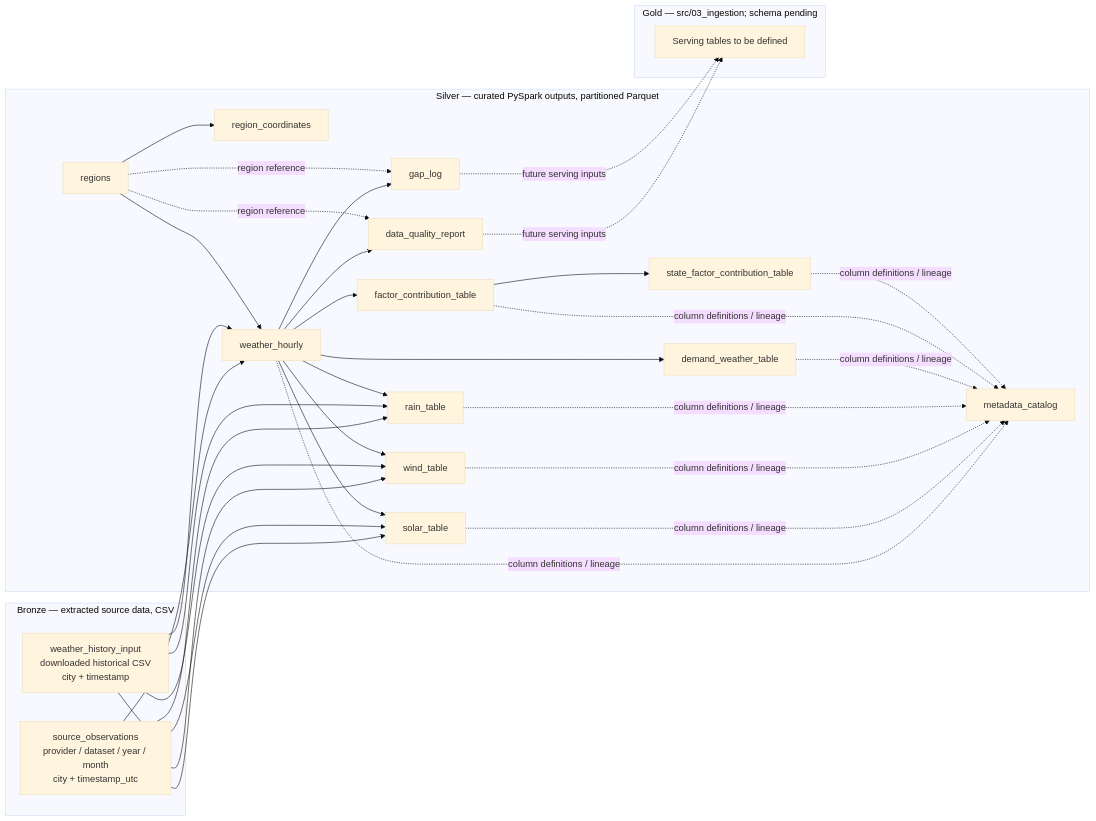
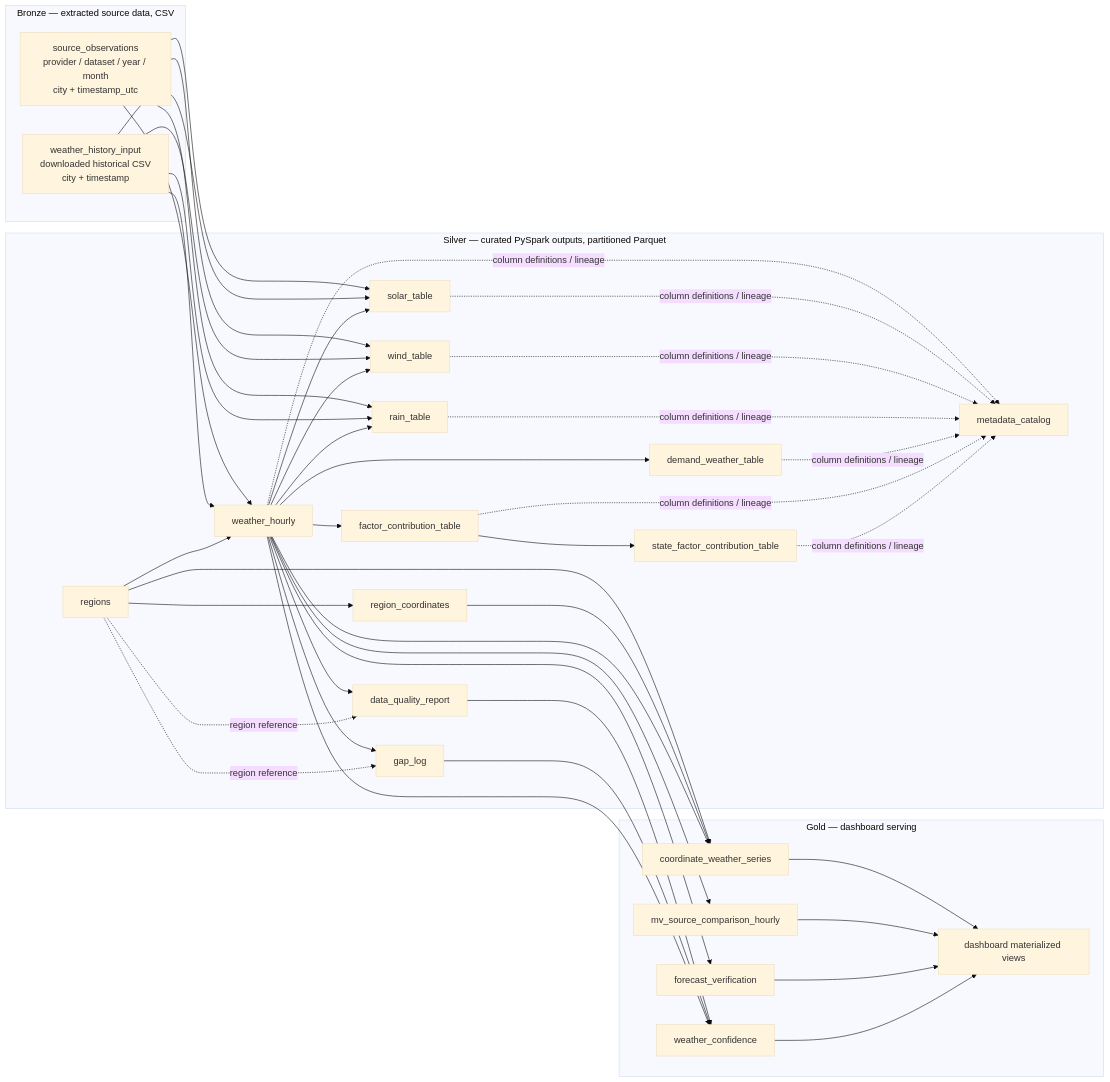
The diagram in docs/data_model.md (saathwik-tk/weather-pipeline), drawn with Mermaid (base theme) before and after one commit. The commit also changed other lines of this file and 3 other files, not shown here.

````diff
--- a/docs/data_model.md
+++ b/docs/data_model.md
@@ -7,53 +7,67 @@
 ```mermaid
 flowchart LR
   subgraph Bronze["Bronze — extracted source data, CSV"]
     B1["source_observations<br/>provider / dataset / year / month<br/>city + timestamp_utc"]
     B2["weather_history_input<br/>downloaded historical CSV<br/>city + timestamp"]
   end
   subgraph Silver["Silver — curated PySpark outputs, partitioned Parquet"]
     S1[regions]
     S2[region_coordinates]
     S3[weather_hourly]
     S4[solar_table]
     S5[wind_table]
     S6[rain_table]
     S7[demand_weather_table]
     S8[factor_contribution_table]
     S9[state_factor_contribution_table]
     S10[data_quality_report]
     S11[gap_log]
     S12[metadata_catalog]
   end
-  subgraph Gold["Gold — src/03_ingestion; schema pending"]
-    G["Serving tables to be defined"]
+  subgraph Gold["Gold — dashboard serving"]
+    G1[coordinate_weather_series]
+    G2[mv_source_comparison_hourly]
+    G3[forecast_verification]
+    G4[weather_confidence]
+    G5[dashboard materialized views]
   end
   B1 --> S3
   B1 --> S4
   B1 --> S5
   B1 --> S6
   B2 --> S3
   B2 --> S4
   B2 --> S5
   B2 --> S6
   S1 --> S2
   S1 --> S3
   S3 --> S4
   S3 --> S5
   S3 --> S6
   S3 --> S7
   S3 --> S8
   S8 --> S9
   S3 --> S10
   S3 --> S11
   S1 -. region reference .-> S10
   S1 -. region reference .-> S11
   S3 -. column definitions / lineage .-> S12
   S4 -. column definitions / lineage .-> S12
   S5 -. column definitions / lineage .-> S12
   S6 -. column definitions / lineage .-> S12
   S7 -. column definitions / lineage .-> S12
   S8 -. column definitions / lineage .-> S12
   S9 -. column definitions / lineage .-> S12
-  S10 -. future serving inputs .-> G
-  S11 -. future serving inputs .-> G
+  S1 --> G1
+  S2 --> G1
+  S3 --> G1
+  S3 --> G2
+  S3 --> G3
+  S10 --> G4
+  S11 --> G4
+  S3 --> G4
+  G1 --> G5
+  G2 --> G5
+  G3 --> G5
+  G4 --> G5
 ```
````
